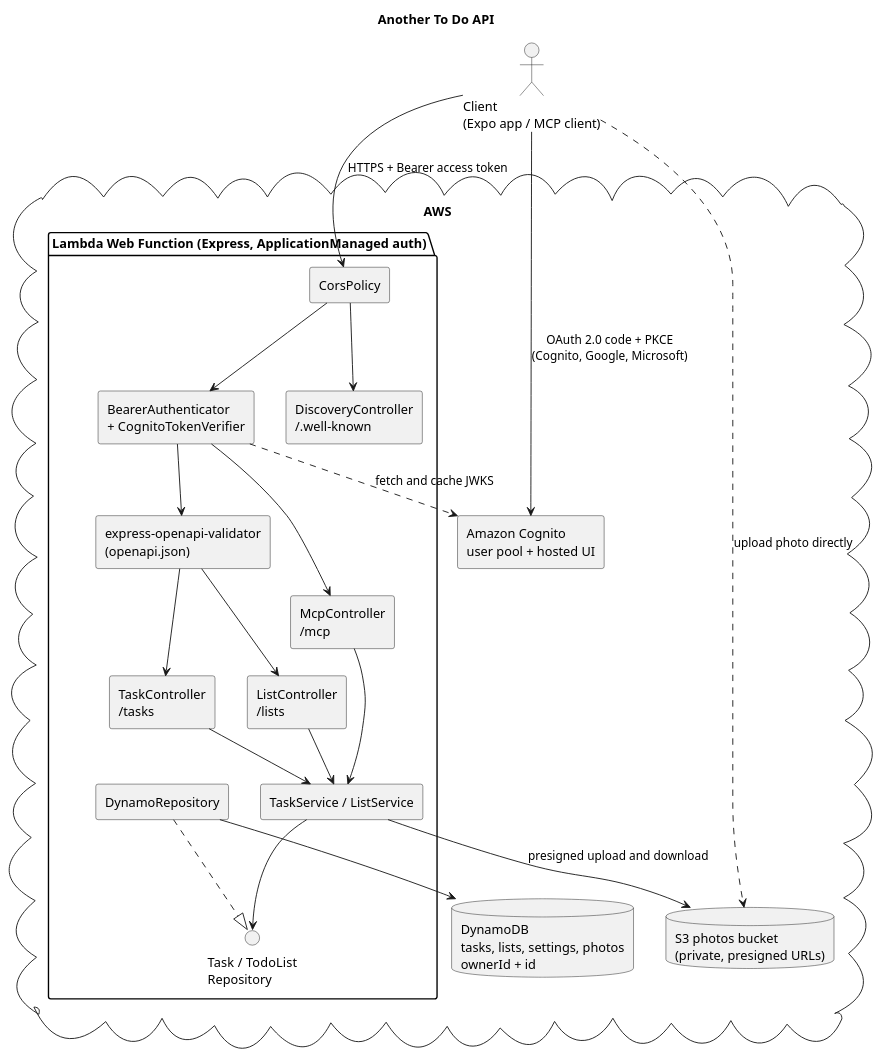
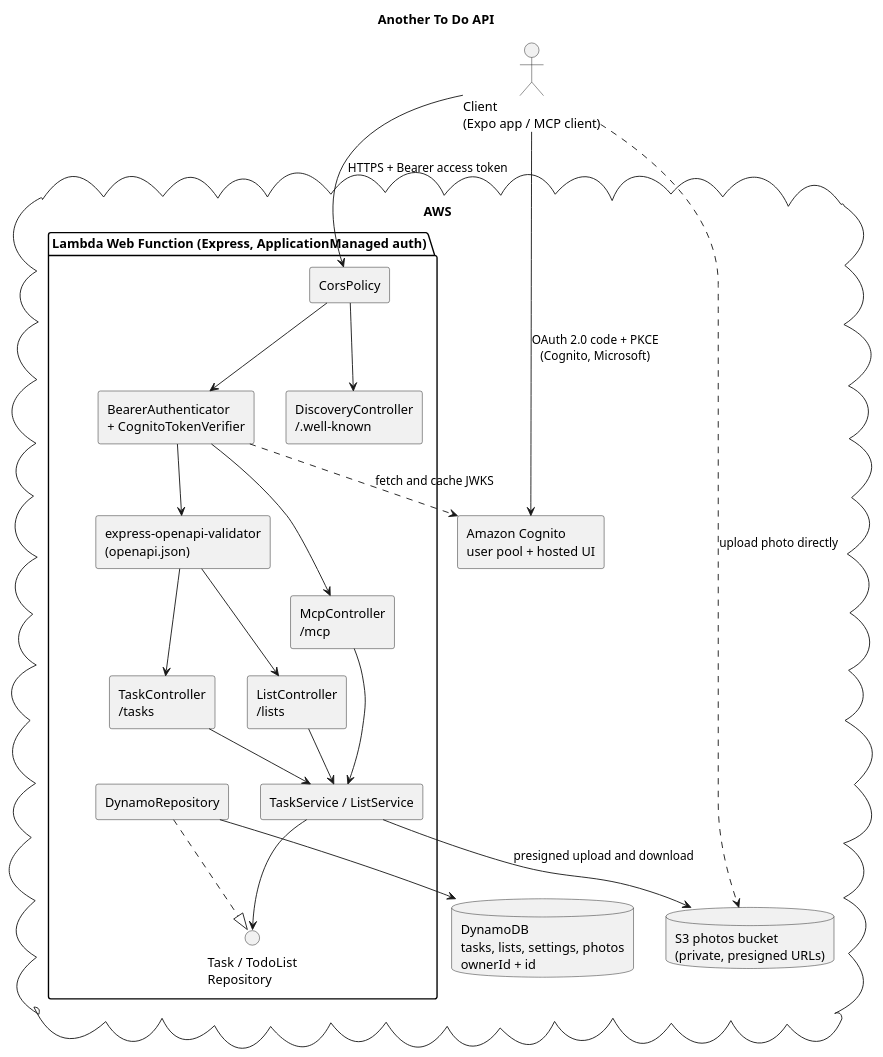
The diagram in docs/api.puml (oliverphardman/another-todo), drawn with PlantUML before and after one commit. The commit also changed 16 other files, not shown here.

Commit message:
refactor: remove Google sign-in from the client, API spec, Terraform and docs

```diff
--- a/docs/api.puml
+++ b/docs/api.puml
@@ -1,45 +1,45 @@
 @startuml api
 title Another To Do API
 
 skinparam componentStyle rectangle
 
 actor "Client\n(Expo app / MCP client)" as Client
 
 cloud "AWS" {
   component "Amazon Cognito\nuser pool + hosted UI" as Cognito
 
   package "Lambda Web Function (Express, ApplicationManaged auth)" {
     component "CorsPolicy" as Cors
     component "BearerAuthenticator\n+ CognitoTokenVerifier" as Auth
     component "express-openapi-validator\n(openapi.json)" as Validator
     component "TaskController\n/tasks" as Tasks
     component "ListController\n/lists" as Lists
     component "McpController\n/mcp" as Mcp
     component "DiscoveryController\n/.well-known" as Discovery
     component "TaskService / ListService" as Service
     interface "Task / TodoList\nRepository" as TaskRepository
     component "DynamoRepository" as Repo
   }
 
   database "DynamoDB\ntasks, lists, settings, photos\nownerId + id" as Table
   database "S3 photos bucket\n(private, presigned URLs)" as Photos
 }
 
-Client --> Cognito : OAuth 2.0 code + PKCE\n(Cognito, Google, Microsoft)
+Client --> Cognito : OAuth 2.0 code + PKCE\n(Cognito, Microsoft)
 Client --> Cors : HTTPS + Bearer access token
 Cors --> Discovery
 Cors --> Auth
 Auth ..> Cognito : fetch and cache JWKS
 Auth --> Validator
 Auth --> Mcp
 Validator --> Tasks
 Validator --> Lists
 Tasks --> Service
 Lists --> Service
 Mcp --> Service
 Service --> TaskRepository
 Repo ..|> TaskRepository
 Repo --> Table
 Service --> Photos : presigned upload and download
 Client ..> Photos : upload photo directly
 @enduml
```
